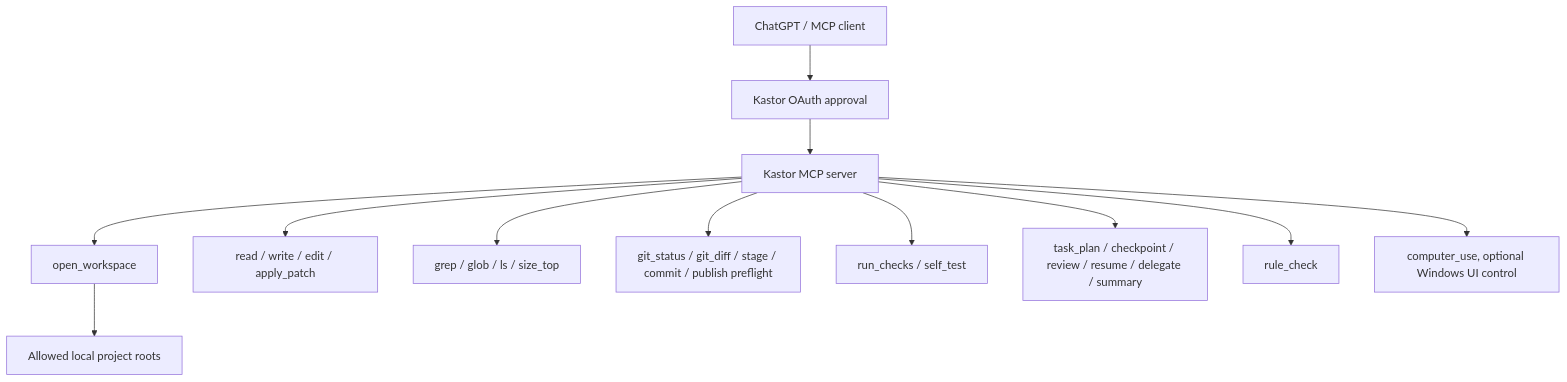
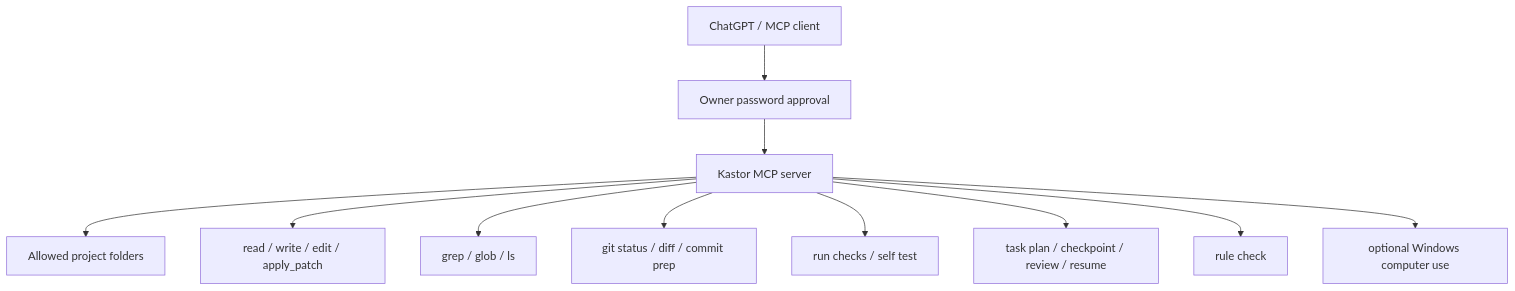
Before and after one commit to mno-d/kastor: the diagram in README.md, drawn with Mermaid. The commit also changed other lines of this file and 22 other files, not shown here.

````diff
--- a/README.md
+++ b/README.md
@@ -11,14 +11,13 @@
 ```mermaid
 flowchart TD
-  Client["ChatGPT / MCP client"] --> Auth["Kastor OAuth approval"]
-  Auth --> MCP["Kastor MCP server"]
-  MCP --> Workspace["open_workspace"]
-  Workspace --> Files["Allowed local project roots"]
-  MCP --> Edit["read / write / edit / apply_patch"]
-  MCP --> Search["grep / glob / ls / size_top"]
-  MCP --> Git["git_status / git_diff / stage / commit / publish preflight"]
-  MCP --> Checks["run_checks / self_test"]
-  MCP --> Plan["task_plan / checkpoint / review / resume / delegate / summary"]
-  MCP --> Guard["rule_check"]
-  MCP --> Screen["computer_use, optional Windows UI control"]
+  Client["ChatGPT / MCP client"] --> Auth["Owner password approval"]
+  Auth --> Server["Kastor MCP server"]
+  Server --> Roots["Allowed project folders"]
+  Server --> Files["read / write / edit / apply_patch"]
+  Server --> Search["grep / glob / ls"]
+  Server --> Git["git status / diff / commit prep"]
+  Server --> Checks["run checks / self test"]
+  Server --> Plan["task plan / checkpoint / review / resume"]
+  Server --> Guard["rule check"]
+  Server --> Screen["optional Windows computer use"]
 ```
````
